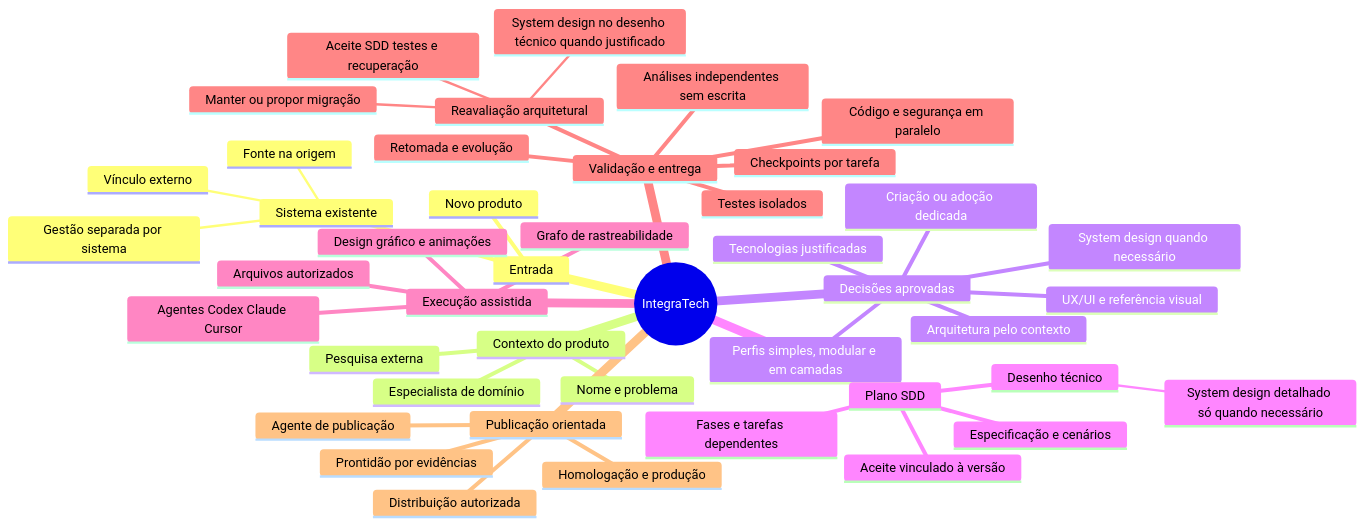
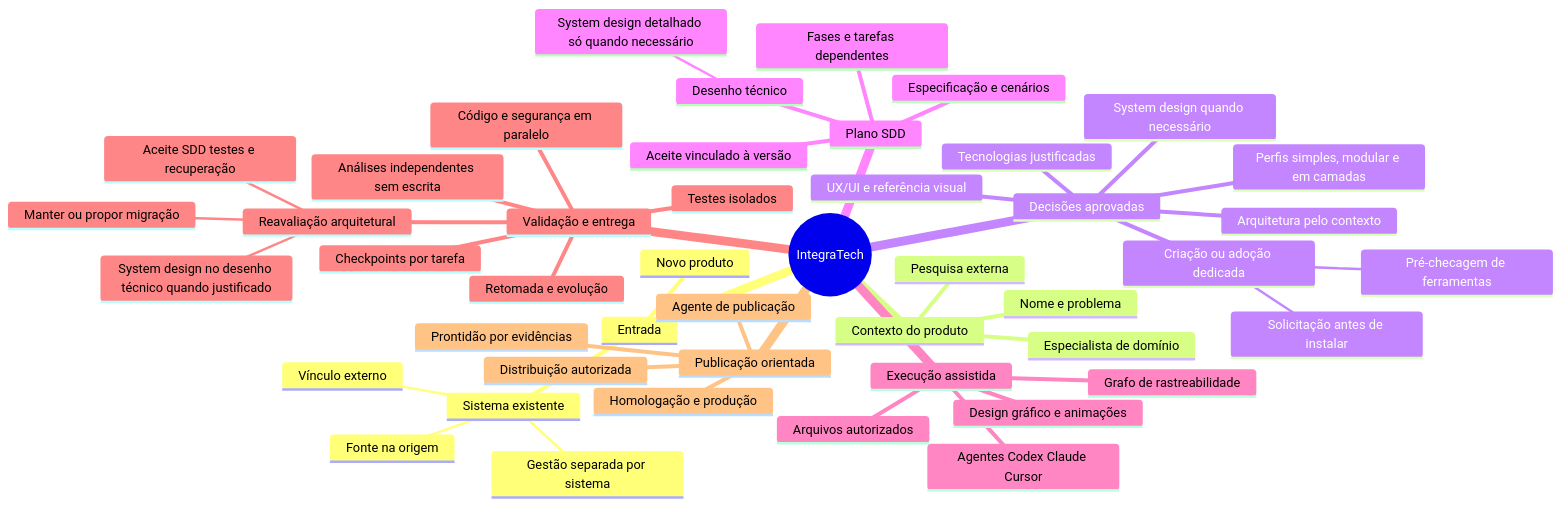
Before and after one commit to erickcremona/IntegraTech: the diagram in README.md, drawn with Mermaid. The commit also changed other lines of this file and 13 other files, not shown here.

````diff
--- a/README.md
+++ b/README.md
@@ -17,47 +17,49 @@
 ```mermaid
 mindmap
   root((IntegraTech))
     Entrada
       Novo produto
       Sistema existente
         Vínculo externo
         Fonte na origem
         Gestão separada por sistema
     Contexto do produto
       Nome e problema
       Pesquisa externa
       Especialista de domínio
     Decisões aprovadas
       Tecnologias justificadas
       Arquitetura pelo contexto
       Perfis simples, modular e em camadas
       System design quando necessário
       UX/UI e referência visual
       Criação ou adoção dedicada
+        Pré-checagem de ferramentas
+        Solicitação antes de instalar
     Plano SDD
       Especificação e cenários
       Desenho técnico
         System design detalhado só quando necessário
       Fases e tarefas dependentes
       Aceite vinculado à versão
     Execução assistida
       Agentes Codex Claude Cursor
       Arquivos autorizados
       Grafo de rastreabilidade
       Design gráfico e animações
     Validação e entrega
       Testes isolados
       Código e segurança em paralelo
       Análises independentes sem escrita
       Checkpoints por tarefa
       Retomada e evolução
       Reavaliação arquitetural
         Manter ou propor migração
         System design no desenho técnico quando justificado
         Aceite SDD testes e recuperação
     Publicação orientada
       Agente de publicação
       Prontidão por evidências
       Homologação e produção
       Distribuição autorizada
 ```
````
